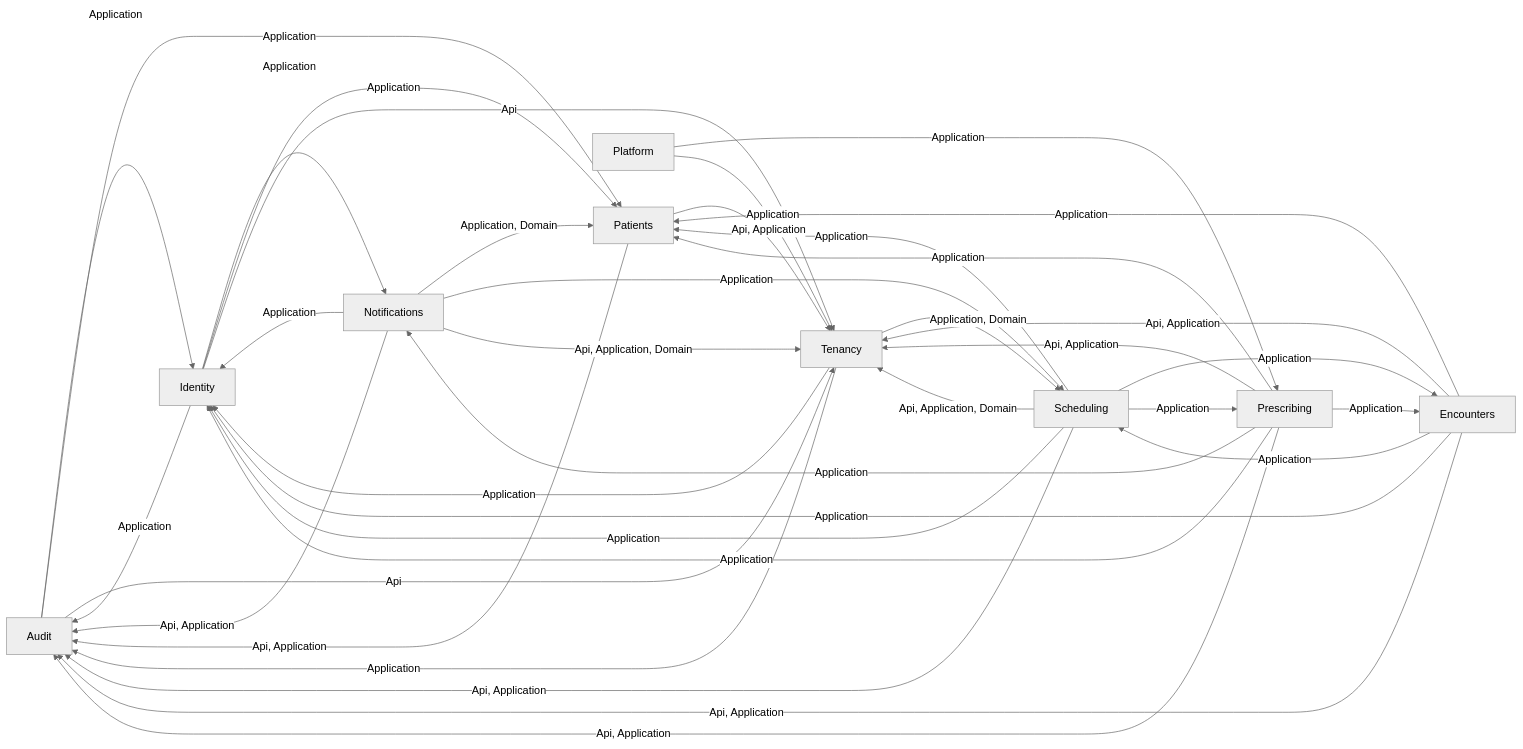
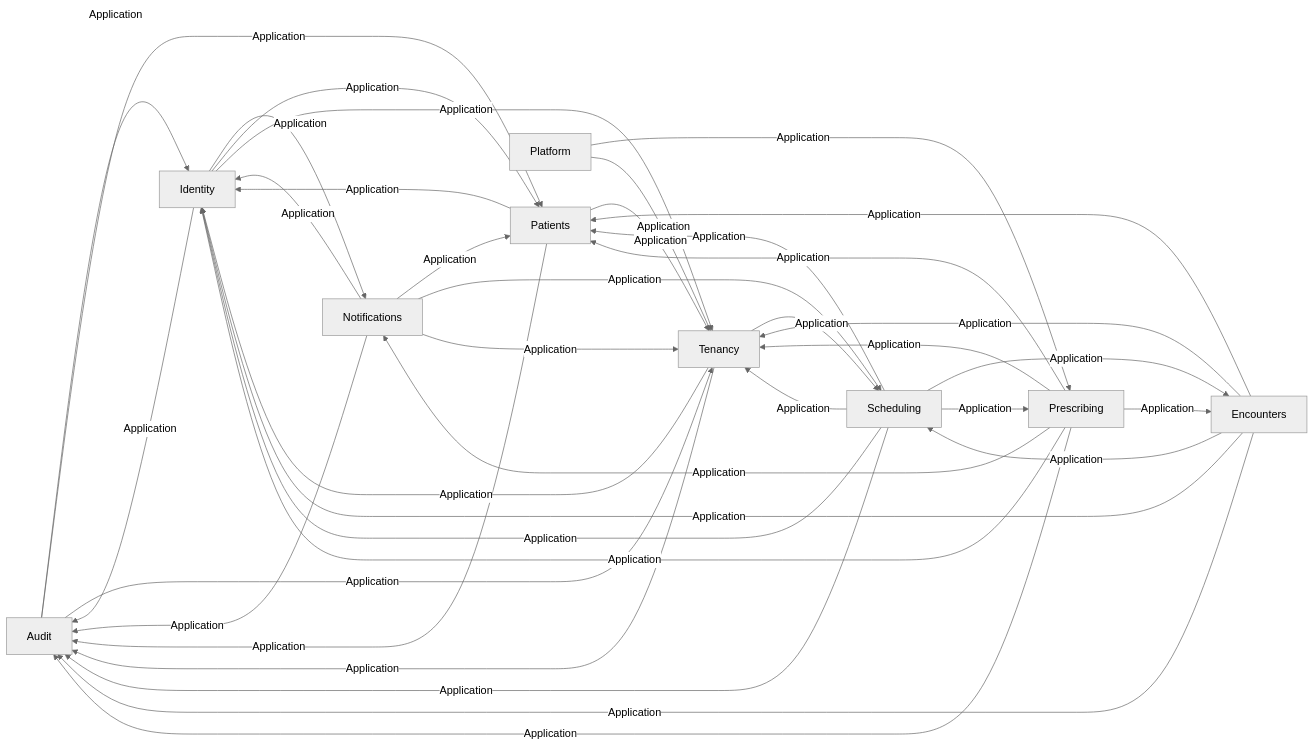
One commit to ALFRED-LUCIFER/medvya changed the second of 14 diagrams in docs/03-architecture/erd.md. Above: the diagram before and after it, drawn with Mermaid (neutral theme).

Commit message:
fix(#1417): regenerate the ERD module graph after the boundary moves

````diff
--- a/docs/03-architecture/erd.md
+++ b/docs/03-architecture/erd.md
@@ -56,39 +56,40 @@
 ```mermaid
 flowchart LR
   Audit -->|"Application"| Identity
   Audit -->|"Application"| Patients
-  Audit -->|"Api"| Tenancy
-  Encounters -->|"Api, Application"| Audit
+  Audit -->|"Application"| Tenancy
+  Encounters -->|"Application"| Audit
   Encounters -->|"Application"| Identity
   Encounters -->|"Application"| Patients
   Encounters -->|"Application"| Scheduling
-  Encounters -->|"Api, Application"| Tenancy
+  Encounters -->|"Application"| Tenancy
   Identity -->|"Application"| Audit
   Identity -->|"Application"| Notifications
   Identity -->|"Application"| Patients
-  Identity -->|"Api"| Tenancy
-  Notifications -->|"Api, Application"| Audit
+  Identity -->|"Application"| Tenancy
+  Notifications -->|"Application"| Audit
   Notifications -->|"Application"| Identity
-  Notifications -->|"Application, Domain"| Patients
+  Notifications -->|"Application"| Patients
   Notifications -->|"Application"| Scheduling
-  Notifications -->|"Api, Application, Domain"| Tenancy
-  Patients -->|"Api, Application"| Audit
-  Patients -->|"Api, Application"| Tenancy
+  Notifications -->|"Application"| Tenancy
+  Patients -->|"Application"| Audit
+  Patients -->|"Application"| Identity
+  Patients -->|"Application"| Tenancy
   Platform -->|"Application"| Prescribing
   Platform -->|"Application"| Tenancy
-  Prescribing -->|"Api, Application"| Audit
+  Prescribing -->|"Application"| Audit
   Prescribing -->|"Application"| Encounters
   Prescribing -->|"Application"| Identity
   Prescribing -->|"Application"| Notifications
   Prescribing -->|"Application"| Patients
-  Prescribing -->|"Api, Application"| Tenancy
-  Scheduling -->|"Api, Application"| Audit
+  Prescribing -->|"Application"| Tenancy
+  Scheduling -->|"Application"| Audit
   Scheduling -->|"Application"| Encounters
   Scheduling -->|"Application"| Identity
   Scheduling -->|"Application"| Patients
   Scheduling -->|"Application"| Prescribing
-  Scheduling -->|"Api, Application, Domain"| Tenancy
+  Scheduling -->|"Application"| Tenancy
   Tenancy -->|"Application"| Audit
   Tenancy -->|"Application"| Identity
-  Tenancy -->|"Application, Domain"| Scheduling
+  Tenancy -->|"Application"| Scheduling
 ```
````
